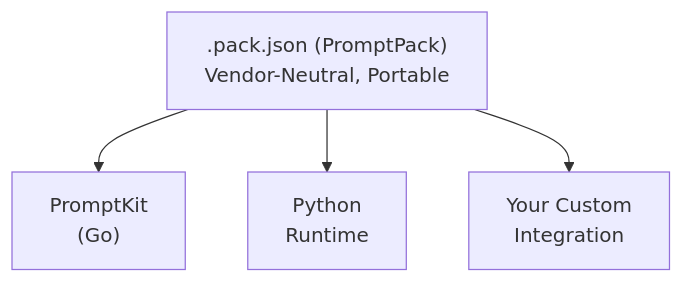
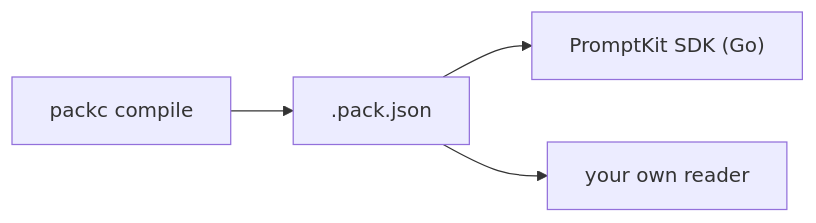
One commit to AltairaLabs/promptarena changed the first of 2 diagrams in docs/src/content/docs/packc/explanation/pack-format.md. Above: the diagram before and after it, drawn with Mermaid. The commit also changed other lines of this file and 21 other files, not shown here.

````diff
--- a/docs/src/content/docs/packc/explanation/pack-format.md
+++ b/docs/src/content/docs/packc/explanation/pack-format.md
@@ -160,7 +22,10 @@
 ```mermaid
-flowchart TD
-    pack[".pack.json (PromptPack)<br/>Vendor-Neutral, Portable"]
-    pack --> promptkit["PromptKit<br/>(Go)"]
-    pack --> python["Python<br/>Runtime"]
-    pack --> custom["Your Custom<br/>Integration"]
+flowchart LR
+  packc["packc compile"]
+  pack[".pack.json"]
+  sdk["PromptKit SDK (Go)"]
+  custom["your own reader"]
+  packc --> pack
+  pack --> sdk
+  pack --> custom
 ```
````
